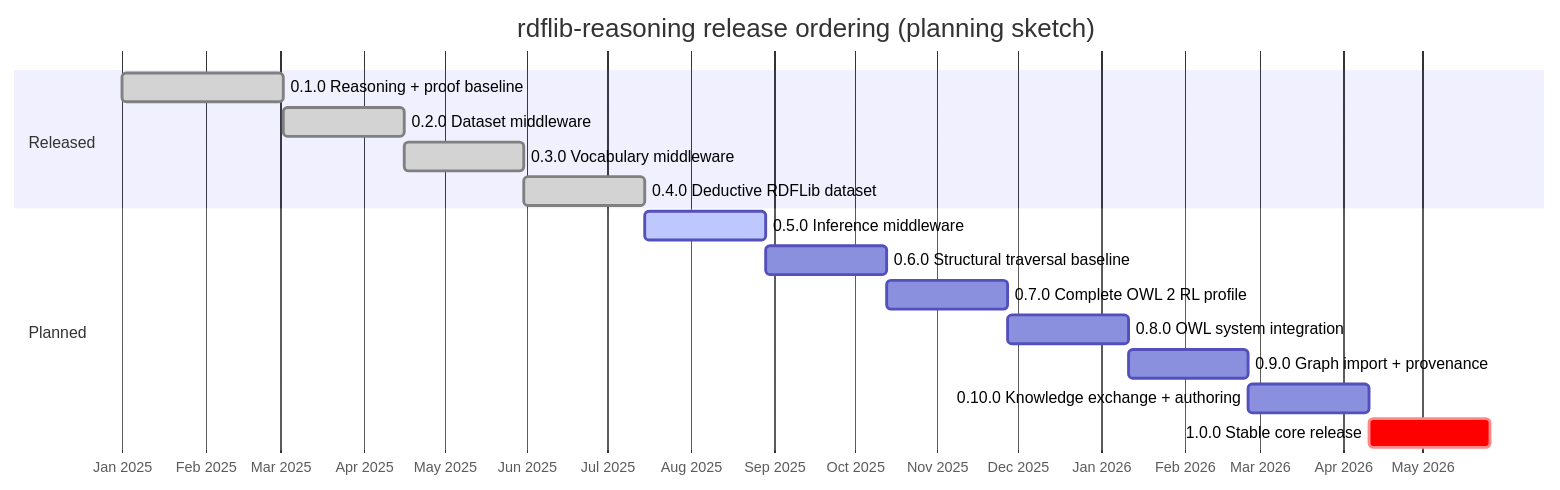
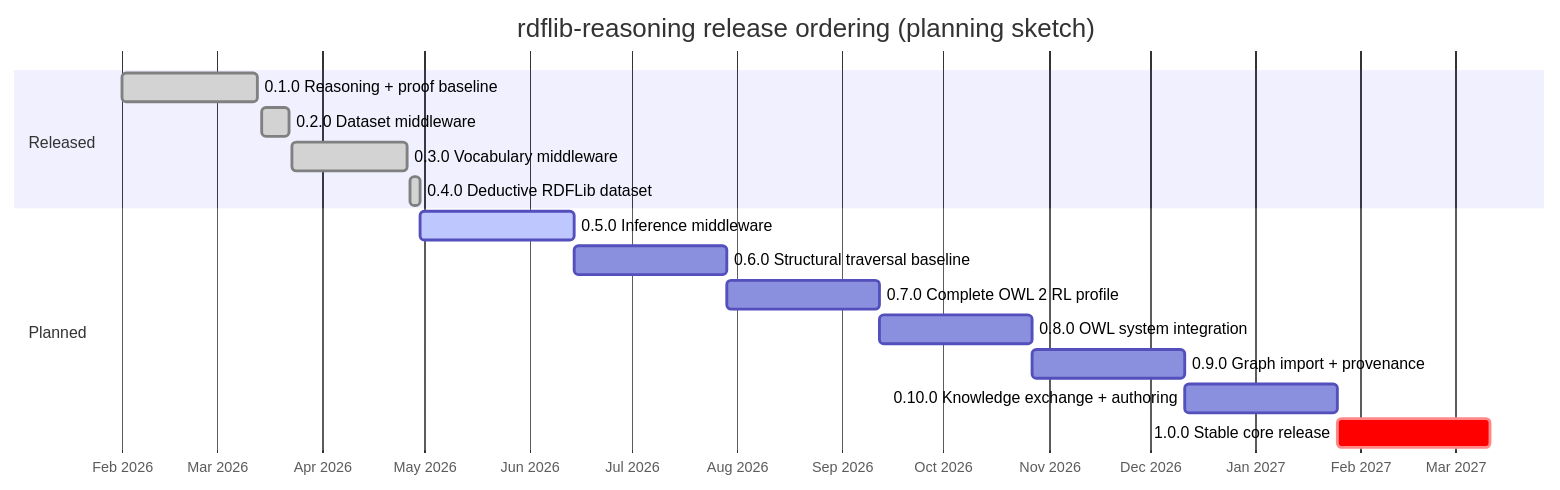
One commit to kvjrhall/rdflib-reasoning changed the first of 2 diagrams in docs/dev/roadmap.md. Above: the diagram before and after it, drawn with Mermaid. The commit also changed 1 other file, not shown here.

Commit message:
CI: Publish GitHub Pages from Sphinx build

````diff
--- a/docs/dev/roadmap.md
+++ b/docs/dev/roadmap.md
@@ -24,19 +24,19 @@
 ```mermaid
 gantt
     title rdflib-reasoning release ordering (planning sketch)
     dateFormat  YYYY-MM-DD
     axisFormat  %b %Y
     section Released
-    0.1.0 Reasoning + proof baseline      :done,    r010, 2025-01-01, 60d
-    0.2.0 Dataset middleware              :done,    r020, after r010, 45d
-    0.3.0 Vocabulary middleware           :done,    r030, after r020, 45d
-    0.4.0 Deductive RDFLib dataset        :done,    r040, after r030, 45d
+    0.1.0 Reasoning + proof baseline      :done,    r010, 2026-02-01, 2026-03-13
+    0.2.0 Dataset middleware              :done,    r020, 2026-03-14, 2026-03-22
+    0.3.0 Vocabulary middleware           :done,    r030, 2026-03-23, 2026-04-26
+    0.4.0 Deductive RDFLib dataset        :done,    r040, 2026-04-27, 2026-04-30
     section Planned
     0.5.0 Inference middleware            :active,  r050, after r040, 45d
     0.6.0 Structural traversal baseline   :         r060, after r050, 45d
     0.7.0 Complete OWL 2 RL profile       :         r070, after r060, 45d
     0.8.0 OWL system integration          :         r080, after r070, 45d
     0.9.0 Graph import + provenance       :         r090, after r080, 45d
     0.10.0 Knowledge exchange + authoring :         r100, after r090, 45d
     1.0.0 Stable core release             :crit,    r1, after r100, 45d
 ```
````
